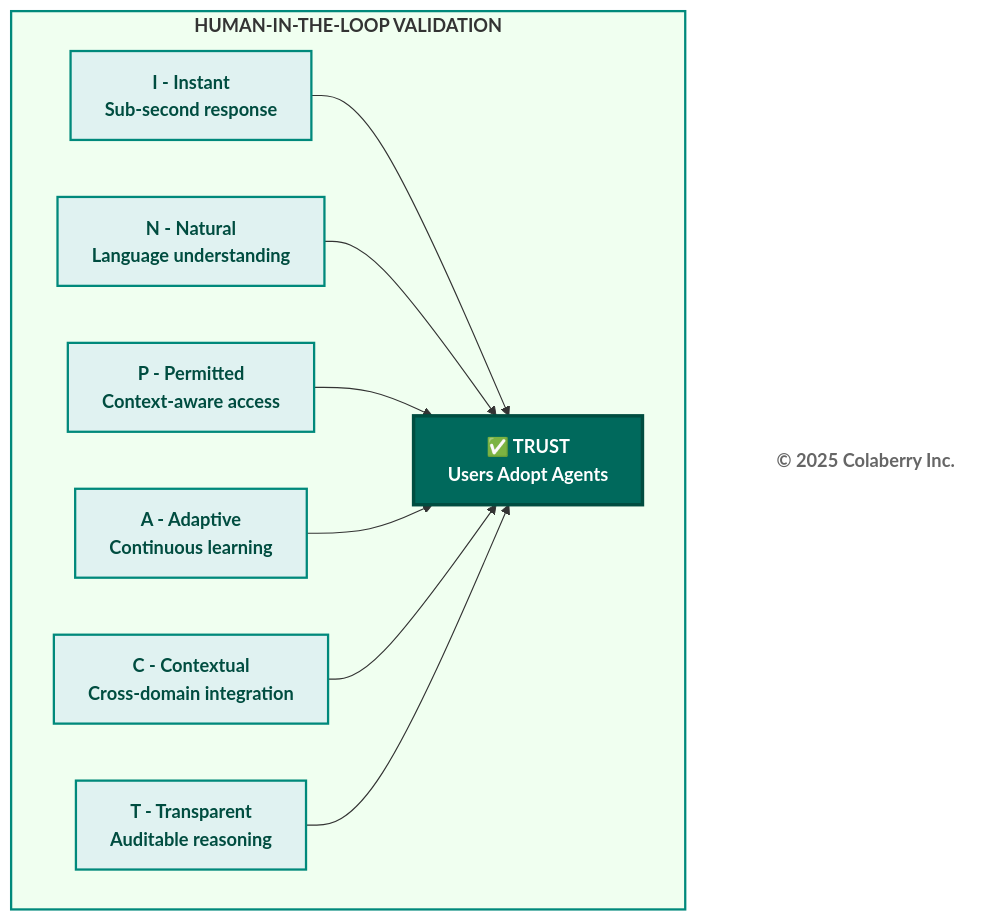
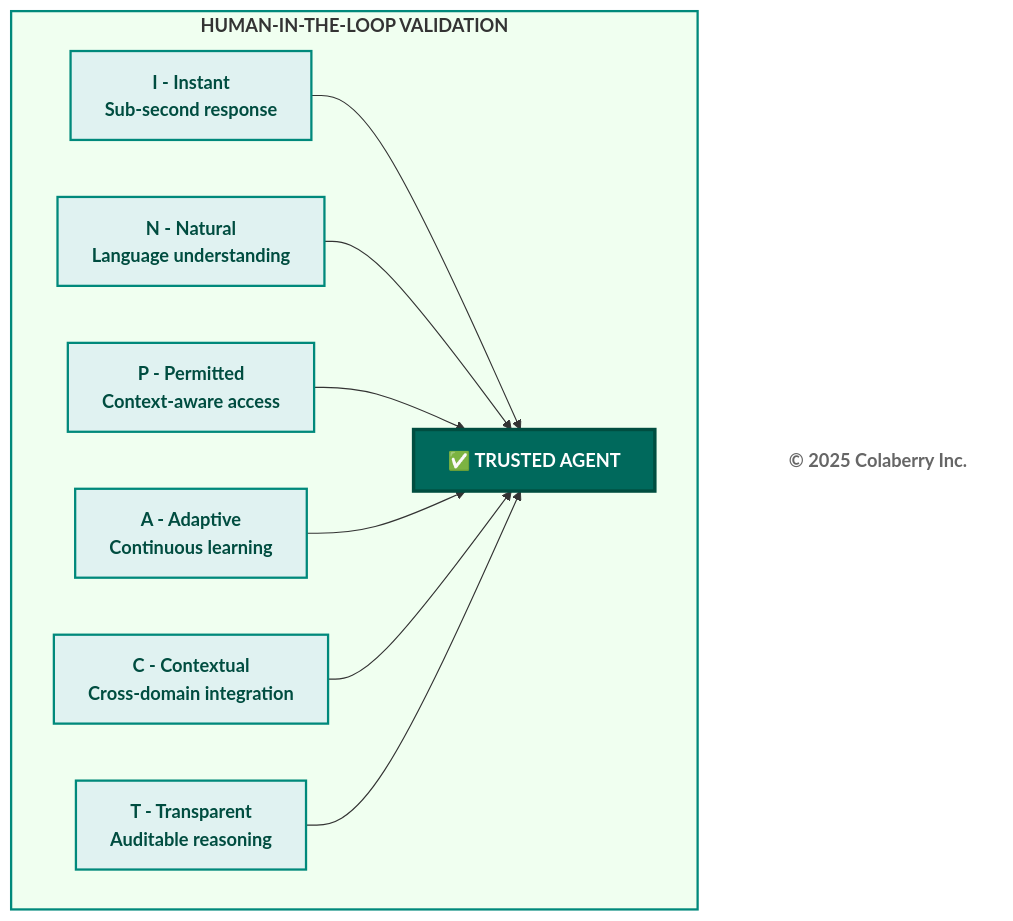
One commit to colaberry/trust-before-intelligence-book changed the second of 3 diagrams in manuscript/chapter_0_trust_before_intelligence_v2.md. Above: the diagram before and after it, drawn with Mermaid. The commit also changed other lines of this file, not shown here.

First line of the commit message:
updated mermaid diagrams

````diff
--- a/manuscript/chapter_0_trust_before_intelligence_v2.md
+++ b/manuscript/chapter_0_trust_before_intelligence_v2.md
@@ -184,32 +178,32 @@
 ```mermaid
 graph TB
     subgraph HITL["<b>HUMAN-IN-THE-LOOP VALIDATION</b>"]
         I["<b>I - Instant</b><br/><b>Sub-second response</b>"]
         N["<b>N - Natural</b><br/><b>Language understanding</b>"]
         P["<b>P - Permitted</b><br/><b>Context-aware access</b>"]
         A["<b>A - Adaptive</b><br/><b>Continuous learning</b>"]
         C["<b>C - Contextual</b><br/><b>Cross-domain integration</b>"]
         T["<b>T - Transparent</b><br/><b>Auditable reasoning</b>"]
         
-        Trust["<b>✅ TRUST</b><br/><b>Users Adopt Agents</b>"]
+        Trust["<b>✅ TRUSTED AGENT</b>"]
     end
     
     I --> Trust
     N --> Trust
     P --> Trust
     A --> Trust
     C --> Trust
     T --> Trust
     
     Copyright["<b>© 2025 Colaberry Inc.</b>"]
     
     style HITL fill:#f0fff0,stroke:#00897b,stroke-width:2px
     style I fill:#e0f2f1,stroke:#00897b,stroke-width:2px,color:#004d40
     style N fill:#e0f2f1,stroke:#00897b,stroke-width:2px,color:#004d40
     style P fill:#e0f2f1,stroke:#00897b,stroke-width:2px,color:#004d40
     style A fill:#e0f2f1,stroke:#00897b,stroke-width:2px,color:#004d40
     style C fill:#e0f2f1,stroke:#00897b,stroke-width:2px,color:#004d40
     style T fill:#e0f2f1,stroke:#00897b,stroke-width:2px,color:#004d40
     style Trust fill:#00695c,color:#ffffff,stroke:#004d40,stroke-width:3px
     style Copyright fill:#ffffff,stroke:none,color:#666666
 ```
````
